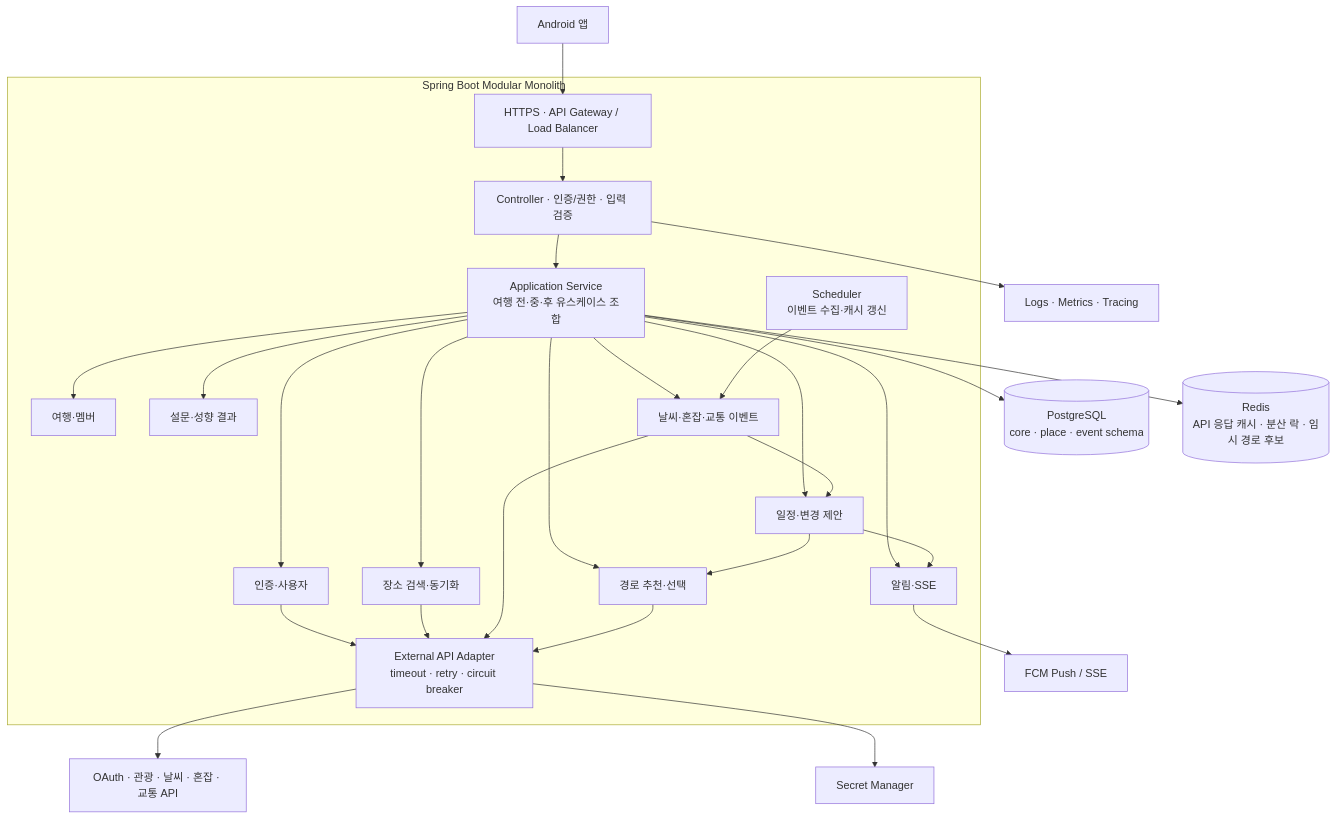
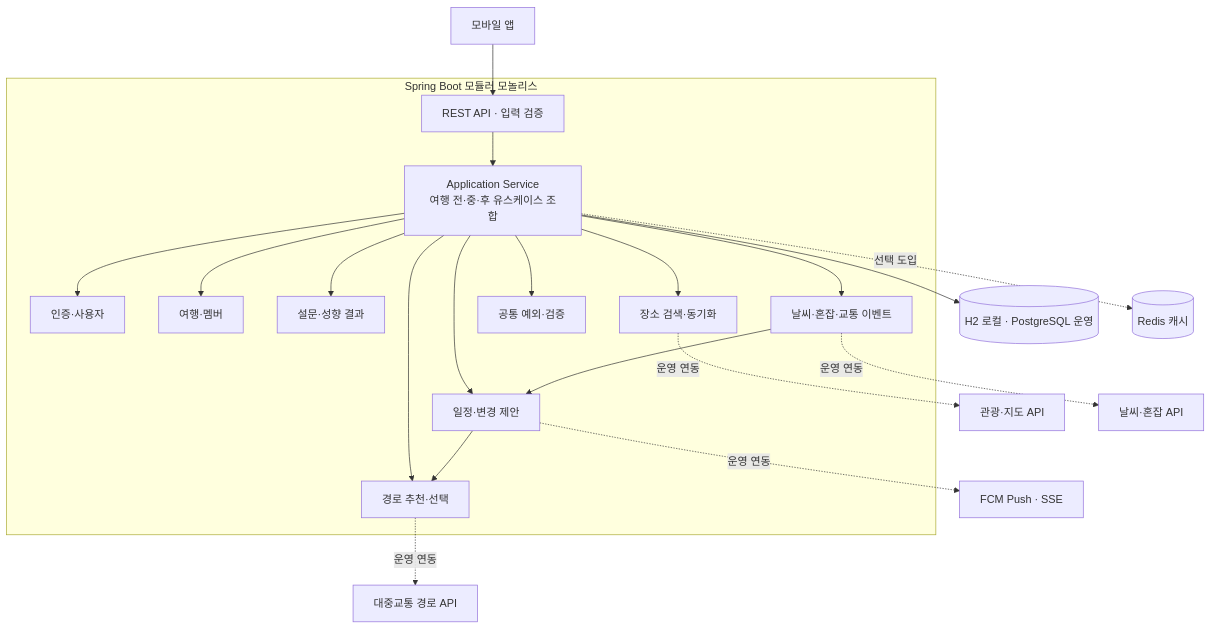
One commit to TEAM-DOONOW/Gayadi-Server changed the second of 3 diagrams in docs/architecture/gayadi-service-design.md. Above: the diagram before and after it, drawn with Mermaid. The commit also changed other lines of this file and 9 other files, not shown here.

````diff
--- a/docs/architecture/gayadi-service-design.md
+++ b/docs/architecture/gayadi-service-design.md
@@ -191,36 +191,27 @@
 ```mermaid
 flowchart TB
-    APP[Android 앱] --> EDGE[HTTPS · API Gateway / Load Balancer]
+    APP[모바일 앱] --> API[REST API · 입력 검증]
 
-    subgraph SERVER[Spring Boot Modular Monolith]
-        EDGE --> API[Controller · 인증/권한 · 입력 검증]
+    subgraph SERVER[Spring Boot 모듈러 모놀리스]
         API --> USECASE[Application Service\n여행 전·중·후 유스케이스 조합]
 
         USECASE --> AUTH[인증·사용자]
         USECASE --> TRIP[여행·멤버]
         USECASE --> SURVEY[설문·성향 결과]
         USECASE --> PLAN[일정·변경 제안]
         USECASE --> PLACE[장소 검색·동기화]
         USECASE --> EVENT[날씨·혼잡·교통 이벤트]
         USECASE --> ROUTE[경로 추천·선택]
-        USECASE --> NOTIFY[알림·SSE]
+        USECASE --> COMMON[공통 예외·검증]
 
-        SCHEDULER[Scheduler\n이벤트 수집·캐시 갱신] --> EVENT
         EVENT --> PLAN
         PLAN --> ROUTE
-        PLAN --> NOTIFY
-
-        ADAPTER[External API Adapter\ntimeout · retry · circuit breaker]
-        AUTH --> ADAPTER
-        PLACE --> ADAPTER
-        EVENT --> ADAPTER
-        ROUTE --> ADAPTER
     end
 
-    USECASE --> PG[(PostgreSQL\ncore · place · event schema)]
-    USECASE --> REDIS[(Redis\nAPI 응답 캐시 · 분산 락 · 임시 경로 후보)]
-    ADAPTER --> EXT[OAuth · 관광 · 날씨 · 혼잡 · 교통 API]
-    NOTIFY --> PUSH[FCM Push / SSE]
-    API --> OBS[Logs · Metrics · Tracing]
-    ADAPTER --> SECRET[Secret Manager]
+    USECASE --> DB[(H2 로컬 · PostgreSQL 운영)]
+    PLACE -. 운영 연동 .-> PLACE_API[관광·지도 API]
+    EVENT -. 운영 연동 .-> EVENT_API[날씨·혼잡 API]
+    ROUTE -. 운영 연동 .-> ROUTE_API[대중교통 경로 API]
+    PLAN -. 운영 연동 .-> PUSH[FCM Push · SSE]
+    USECASE -. 선택 도입 .-> REDIS[(Redis 캐시)]
 ```
````
